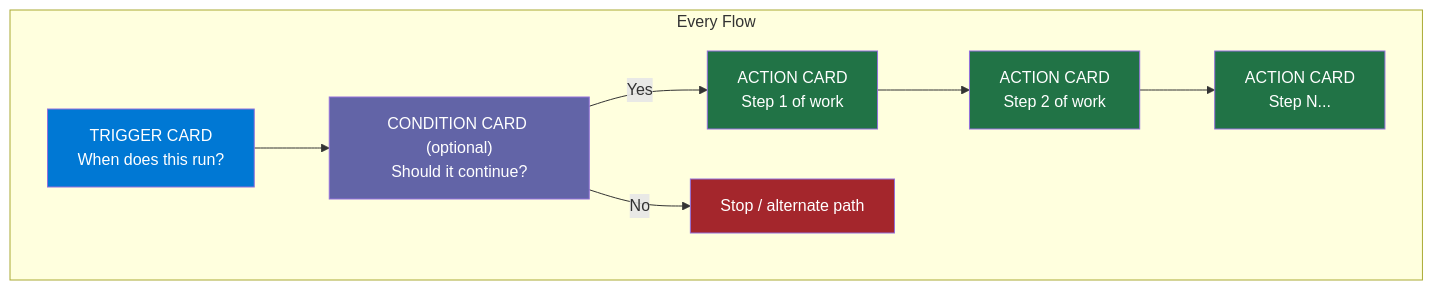
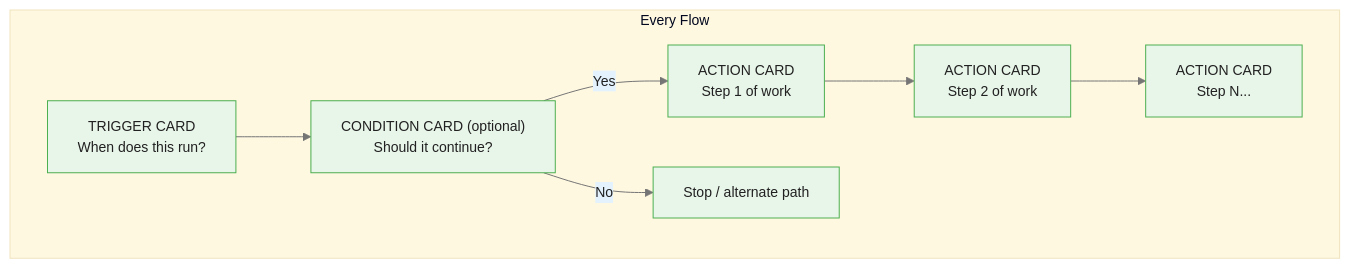
The second of 6 diagrams in courses/power-automate/modules/module_01_first_cloud_flow/guides/01_creating_first_flow_slides.md (m-deane/course-creator), drawn with Mermaid before and after one commit. The commit also changed other lines of this file and 72 other files, not shown here.

````diff
--- a/courses/power-automate/modules/module_01_first_cloud_flow/guides/01_creating_first_flow_slides.md
+++ b/courses/power-automate/modules/module_01_first_cloud_flow/guides/01_creating_first_flow_slides.md
@@ -51,17 +58,12 @@
 ```mermaid
+%%{init: {"theme": "base", "themeVariables": {"primaryColor": "#e8f5e9", "primaryBorderColor": "#4caf50", "primaryTextColor": "#212121", "secondaryColor": "#e3f2fd", "tertiaryColor": "#fff8e1", "lineColor": "#757575", "fontFamily": "Inter, sans-serif", "fontSize": "14px"}}}%%
 graph TD
     subgraph "Every Flow"
         T["TRIGGER CARD\nWhen does this run?"]
         T --> C1["CONDITION CARD (optional)\nShould it continue?"]
         C1 -->|Yes| A1["ACTION CARD\nStep 1 of work"]
         C1 -->|No| END["Stop / alternate path"]
         A1 --> A2["ACTION CARD\nStep 2 of work"]
         A2 --> A3["ACTION CARD\nStep N..."]
     end
-    style T fill:#0078D4,color:#fff
-    style C1 fill:#6264A7,color:#fff
-    style A1 fill:#217346,color:#fff
-    style A2 fill:#217346,color:#fff
-    style A3 fill:#217346,color:#fff
-    style END fill:#A4262C,color:#fff
 ```
````
